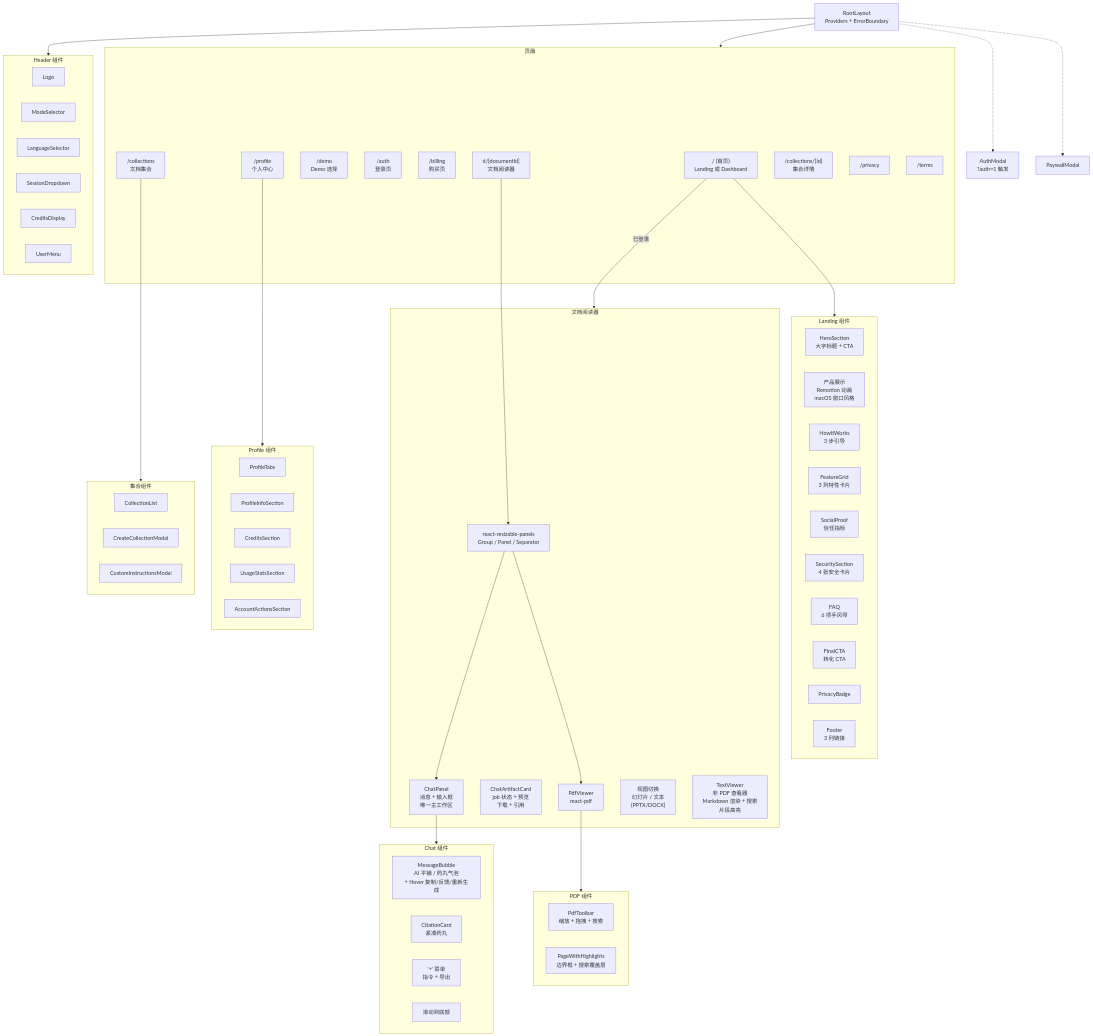
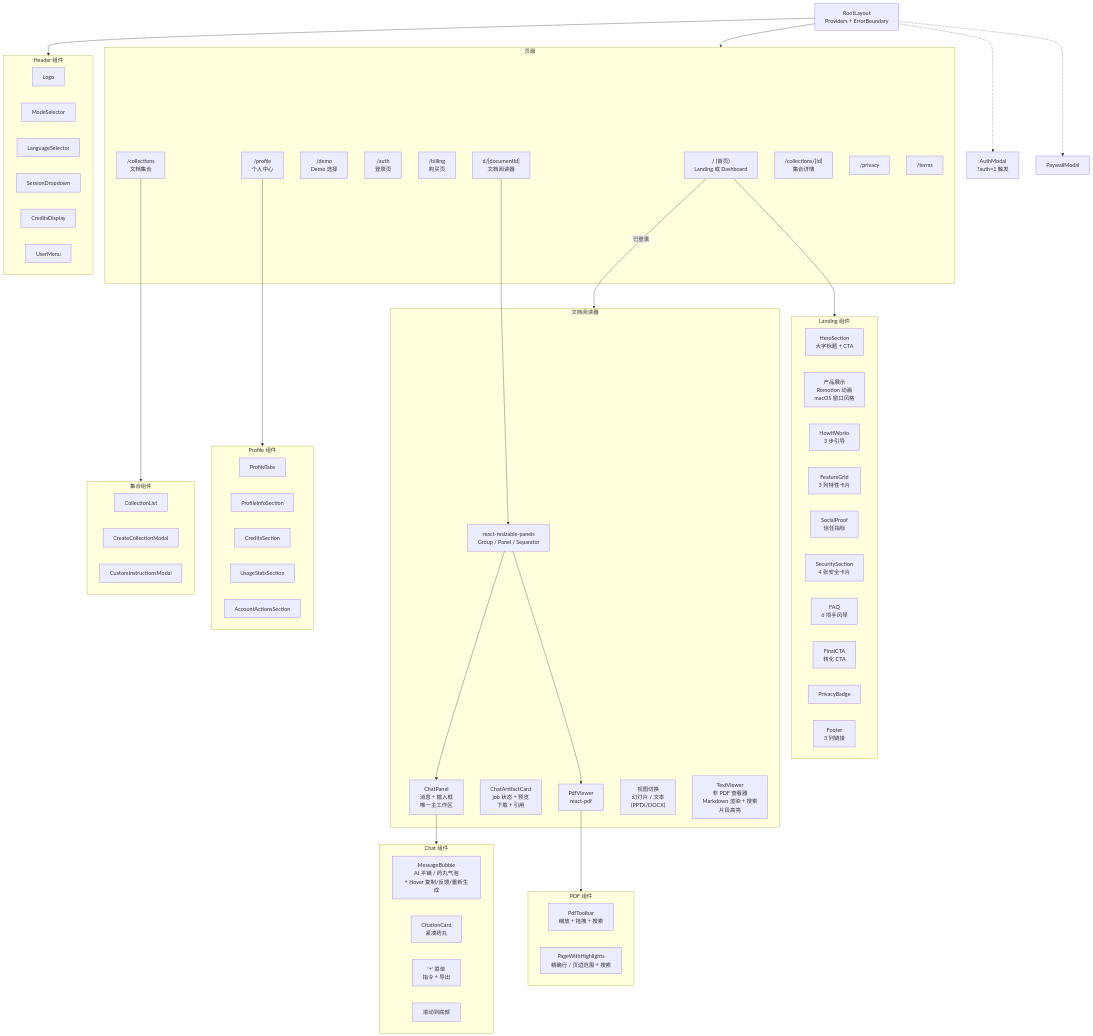
The ninth of 10 diagrams in docs/ARCHITECTURE.zh.md (Rswcf/DocTalk), drawn with Mermaid before and after one commit. The commit also changed other lines of this file and 26 other files, not shown here.

```diff
--- a/docs/ARCHITECTURE.zh.md
+++ b/docs/ARCHITECTURE.zh.md
@@ -784,7 +784,7 @@
 
     subgraph PdfComp["PDF 组件"]
         PdfToolbar["PdfToolbar<br/>缩放 + 拖拽 + 搜索"]
-        PageHL["PageWithHighlights<br/>边界框 + 搜索覆盖层"]
+        PageHL["PageWithHighlights<br/>精确行 / 页边范围 + 搜索"]
     end
 
     subgraph ProfileComp["Profile 组件"]
```
